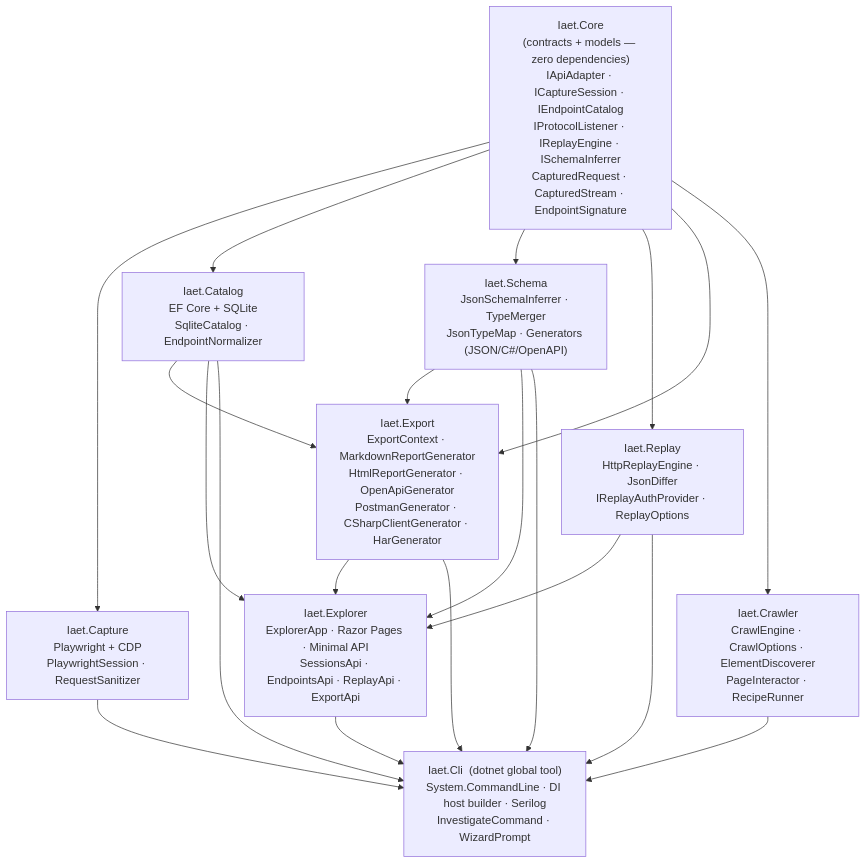
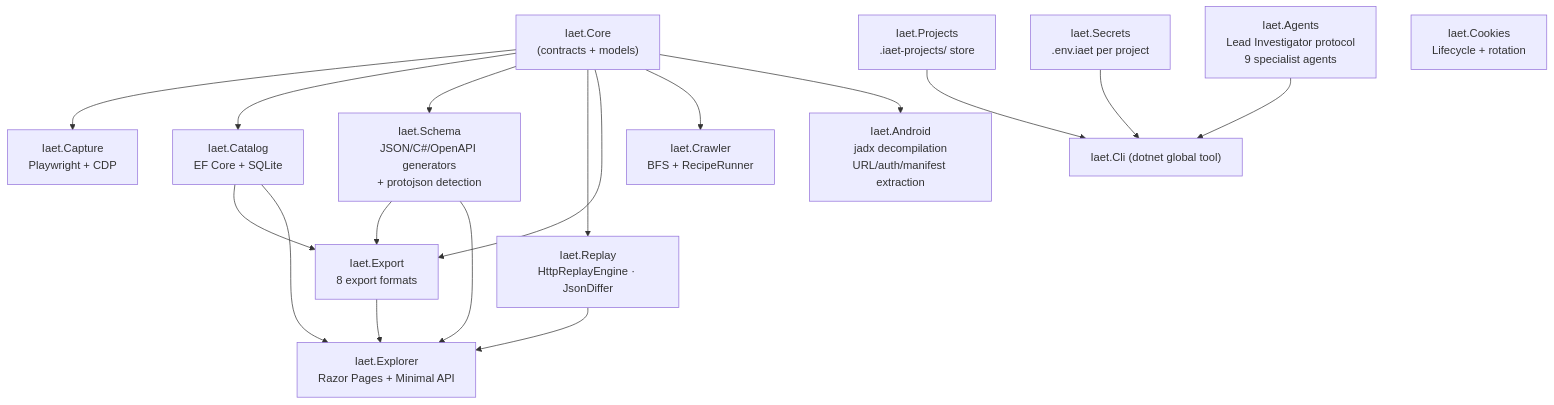
The diagram in README.md (mmackelprang/IAET), drawn with Mermaid before and after one commit. The commit also changed other lines of this file and 11 other files, not shown here.

````diff
--- a/README.md
+++ b/README.md
@@ -159,53 +153,50 @@
 ```mermaid
 graph TD
     Core["Iaet.Core
-(contracts + models — zero dependencies)
-IApiAdapter · ICaptureSession · IEndpointCatalog
-IProtocolListener · IReplayEngine · ISchemaInferrer
-CapturedRequest · CapturedStream · EndpointSignature"]
+(contracts + models)"]
     Capture["Iaet.Capture
-Playwright + CDP
-PlaywrightSession · RequestSanitizer"]
+Playwright + CDP"]
     Catalog["Iaet.Catalog
-EF Core + SQLite
-SqliteCatalog · EndpointNormalizer"]
+EF Core + SQLite"]
     Schema["Iaet.Schema
-JsonSchemaInferrer · TypeMerger
-JsonTypeMap · Generators (JSON/C#/OpenAPI)"]
+JSON/C#/OpenAPI generators
++ protojson detection"]
     Replay["Iaet.Replay
-HttpReplayEngine · JsonDiffer
-IReplayAuthProvider · ReplayOptions"]
+HttpReplayEngine · JsonDiffer"]
     Export["Iaet.Export
-ExportContext · MarkdownReportGenerator
-HtmlReportGenerator · OpenApiGenerator
-PostmanGenerator · CSharpClientGenerator · HarGenerator"]
+8 export formats"]
     Crawler["Iaet.Crawler
-CrawlEngine · CrawlOptions · ElementDiscoverer
-PageInteractor · RecipeRunner"]
+BFS + RecipeRunner"]
     Explorer["Iaet.Explorer
-ExplorerApp · Razor Pages · Minimal API
-SessionsApi · EndpointsApi · ReplayApi · ExportApi"]
-    Cli["Iaet.Cli  (dotnet global tool)
-System.CommandLine · DI host builder · Serilog
-InvestigateCommand · WizardPrompt"]
+Razor Pages + Minimal API"]
+    Android["Iaet.Android
+jadx decompilation
+URL/auth/manifest extraction"]
+    Agents["Iaet.Agents
+Lead Investigator protocol
+9 specialist agents"]
+    Projects["Iaet.Projects
+.iaet-projects/ store"]
+    Secrets["Iaet.Secrets
+.env.iaet per project"]
+    Cookies["Iaet.Cookies
+Lifecycle + rotation"]
+    Cli["Iaet.Cli (dotnet global tool)"]
 
     Core --> Capture
     Core --> Catalog
     Core --> Schema
     Core --> Replay
     Core --> Export
     Core --> Crawler
+    Core --> Android
+    Projects --> Cli
+    Secrets --> Cli
+    Agents --> Cli
     Catalog --> Export
     Schema --> Export
     Catalog --> Explorer
     Schema --> Explorer
     Replay --> Explorer
     Export --> Explorer
-    Capture --> Cli
-    Catalog --> Cli
-    Schema --> Cli
-    Replay --> Cli
-    Export --> Cli
-    Crawler --> Cli
-    Explorer --> Cli
 ```
````
